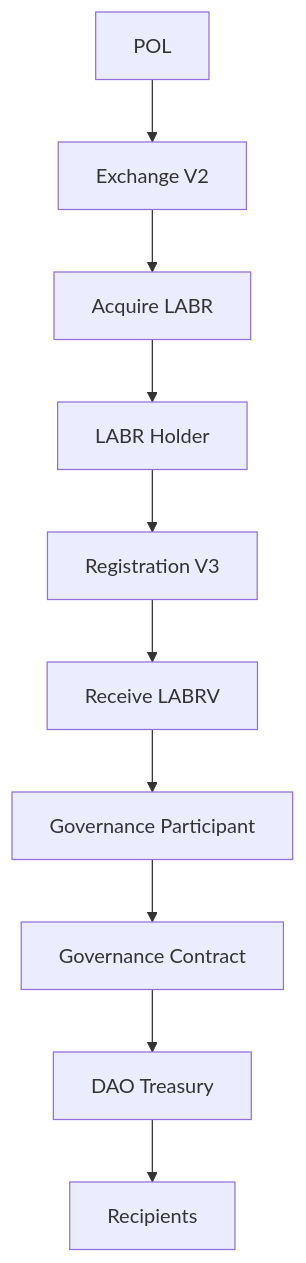
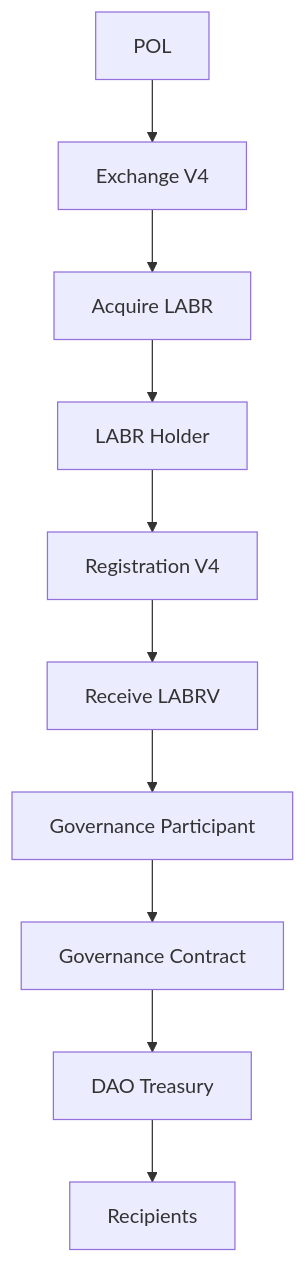
One commit to LaborCoinCreator/LaborCoin changed the diagram in docs/user-journey.md. Above: the diagram before and after it, drawn with Mermaid.

````diff
--- a/docs/user-journey.md
+++ b/docs/user-journey.md
@@ -3,22 +3,22 @@
 ```mermaid
 graph TD
 
 POL[POL]
---> Exchange[Exchange V2]
+--> Exchange[Exchange V4]
 
 Exchange --> LABR[Acquire LABR]
 
 LABR --> Holder[LABR Holder]
 
-Holder --> Registration[Registration V3]
+Holder --> Registration[Registration V4]
 
 Registration --> LABRV[Receive LABRV]
 
 LABRV --> Participant[Governance Participant]
 
 Participant --> Governance[Governance Contract]
 
 Governance --> Treasury[DAO Treasury]
 
 Treasury --> Recipients[Recipients]
 ```
````
